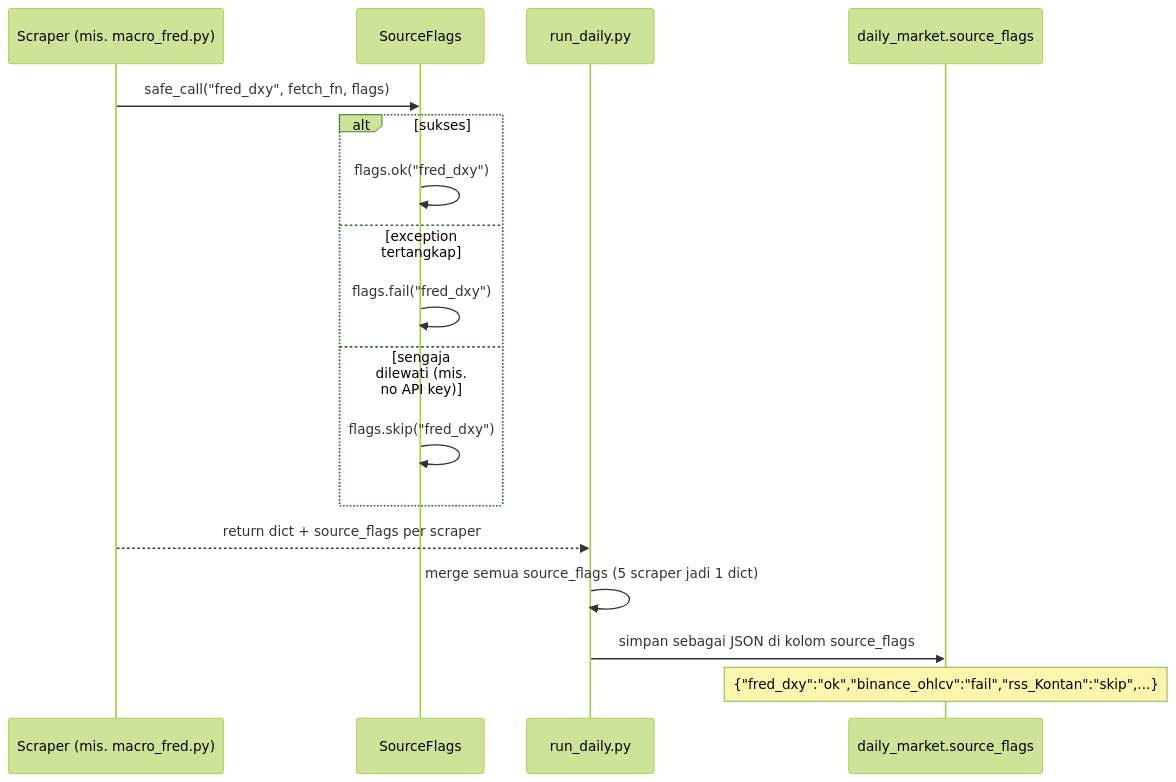
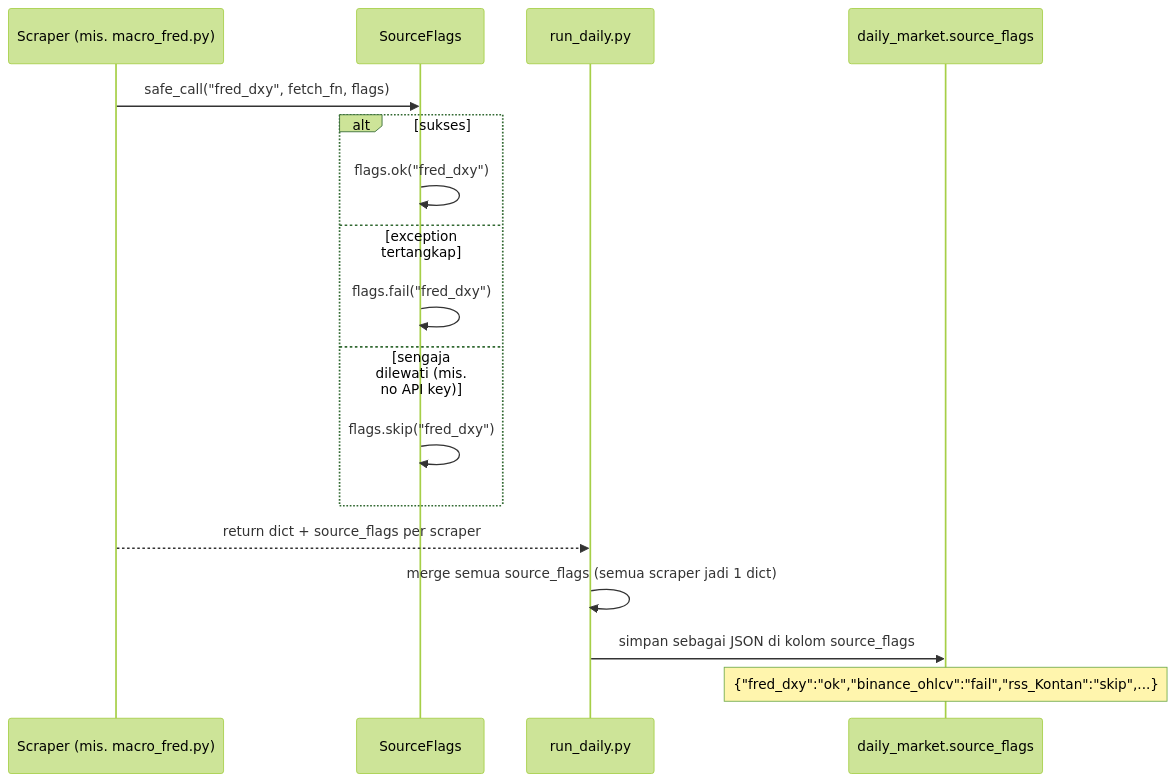
Before and after one commit to pworld/kastara-finance: the fourth of 4 diagrams in docs/FLOW.md, drawn with Mermaid (forest theme). The commit also changed other lines of this file and 3 other files, not shown here.

````diff
--- a/docs/FLOW.md
+++ b/docs/FLOW.md
@@ -144,21 +150,21 @@
 ```mermaid
 sequenceDiagram
     participant S as Scraper (mis. macro_fred.py)
     participant F as SourceFlags
     participant P as run_daily.py
     participant DB as daily_market.source_flags
 
     S->>F: safe_call("fred_dxy", fetch_fn, flags)
     alt sukses
         F->>F: flags.ok("fred_dxy")
     else exception tertangkap
         F->>F: flags.fail("fred_dxy")
     else sengaja dilewati (mis. no API key)
         F->>F: flags.skip("fred_dxy")
     end
 
     S-->>P: return dict + source_flags per scraper
-    P->>P: merge semua source_flags (5 scraper jadi 1 dict)
+    P->>P: merge semua source_flags (semua scraper jadi 1 dict)
     P->>DB: simpan sebagai JSON di kolom source_flags
     Note over DB: {"fred_dxy":"ok","binance_ohlcv":"fail","rss_Kontan":"skip",...}
 ```
````
